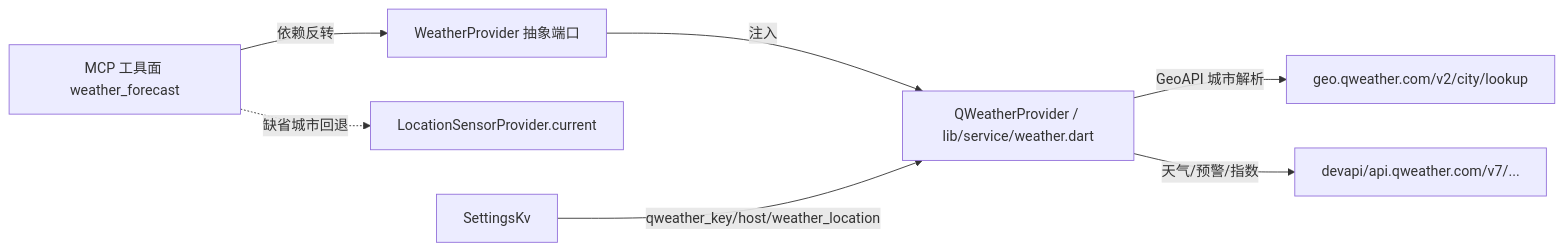
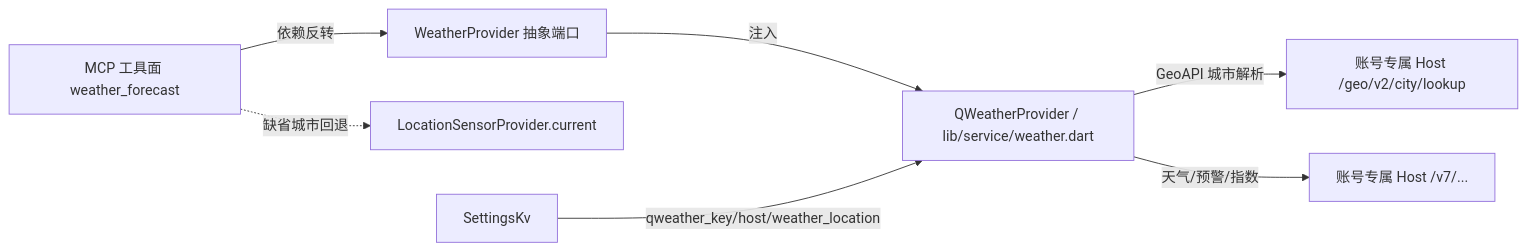
One commit to loveheng/goodTool changed the diagram in docs/product/weather.md. Above: the diagram before and after it, drawn with Mermaid. The commit also changed other lines of this file and 119 other files, not shown here.

First line of the commit message:
feat: 项目更名 goodTools + 地图自动定位/收藏夹/区块计算台落地

````diff
--- a/docs/product/weather.md
+++ b/docs/product/weather.md
@@ -16,9 +16,9 @@
 ```mermaid
 flowchart LR
     A[MCP 工具面 weather_forecast] -->|依赖反转| B[WeatherProvider 抽象端口]
     B -->|注入| C[QWeatherProvider / lib/service/weather.dart]
-    C -->|GeoAPI 城市解析| D[geo.qweather.com/v2/city/lookup]
-    C -->|天气/预警/指数| E[devapi/api.qweather.com/v7/...]
+    C -->|GeoAPI 城市解析| D[账号专属 Host /geo/v2/city/lookup]
+    C -->|天气/预警/指数| E[账号专属 Host /v7/...]
     A -. 缺省城市回退 .-> F[LocationSensorProvider.current]
     G[SettingsKv] -->|qweather_key/host/weather_location| C
 ```
````
